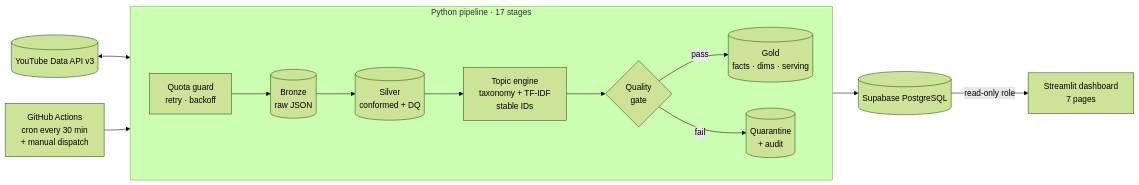
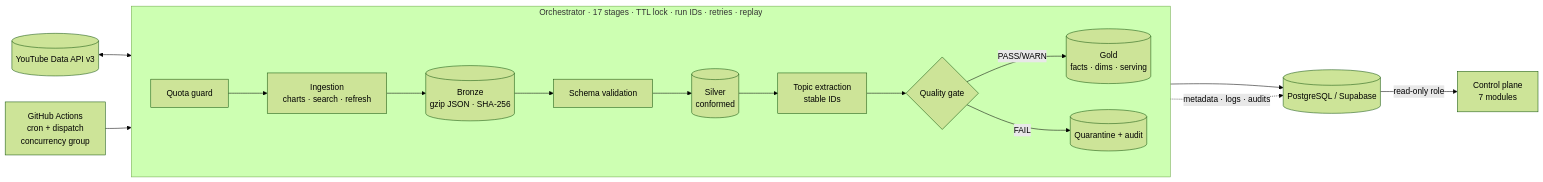
Before and after one commit to SAHILinsights/trendpulse: the diagram in README.md, drawn with Mermaid (forest theme). The commit also changed other lines of this file and 73 other files, not shown here.

First line of the commit message:
Engineering control plane: 7-module UI, persisted logs, declared DAG/lineage, compliance guard

````diff
--- a/README.md
+++ b/README.md
@@ -36,16 +24,18 @@
 ```mermaid
 flowchart LR
-    GHA[GitHub Actions<br/>cron every 30 min<br/>+ manual dispatch] --> P
-    subgraph P[Python pipeline · 17 stages]
+    GHA[GitHub Actions<br/>cron + dispatch<br/>concurrency group] --> ORC
+    subgraph ORC[Orchestrator · 17 stages · TTL lock · run IDs · retries · replay]
       direction LR
-      Q[Quota guard<br/>retry · backoff] --> B[(Bronze<br/>raw JSON)]
-      B --> S[(Silver<br/>conformed + DQ)]
-      S --> T[Topic engine<br/>taxonomy + TF-IDF<br/>stable IDs]
-      T --> GATE{Quality<br/>gate}
-      GATE -- pass --> G[(Gold<br/>facts · dims · serving)]
-      GATE -- fail --> QR[(Quarantine<br/>+ audit)]
+      Q[Quota guard] --> ING[Ingestion<br/>charts · search · refresh]
+      ING --> B[(Bronze<br/>gzip JSON · SHA-256)]
+      B --> SV[Schema validation] --> S[(Silver<br/>conformed)]
+      S --> T[Topic extraction<br/>stable IDs]
+      T --> G{Quality gate}
+      G -- PASS/WARN --> GOLD[(Gold<br/>facts · dims · serving)]
+      G -- FAIL --> QR[(Quarantine + audit)]
     end
     YT[(YouTube Data API v3)] <--> Q
-    G --> PG[(Supabase PostgreSQL)]
-    PG -- read-only role --> ST[Streamlit dashboard<br/>7 pages]
+    GOLD --> PG[(PostgreSQL / Supabase)]
+    ORC -.metadata · logs · audits.-> PG
+    PG -- read-only role --> CP[Control plane<br/>7 modules]
 ```
````
